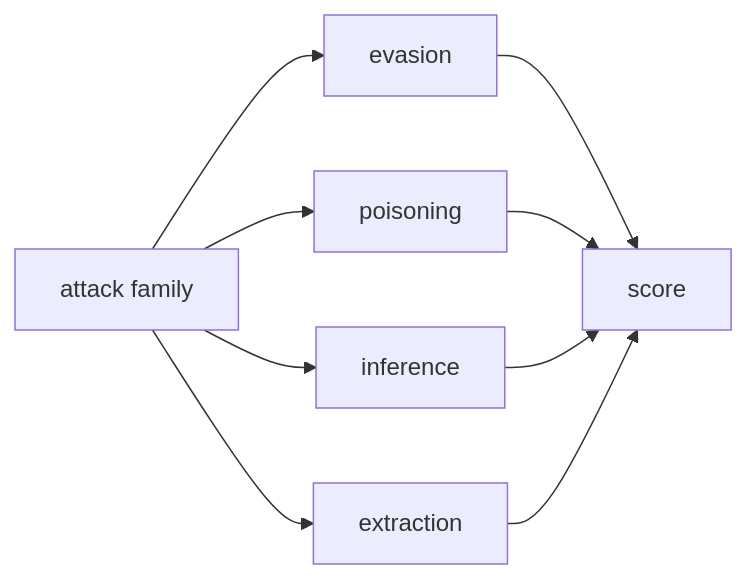
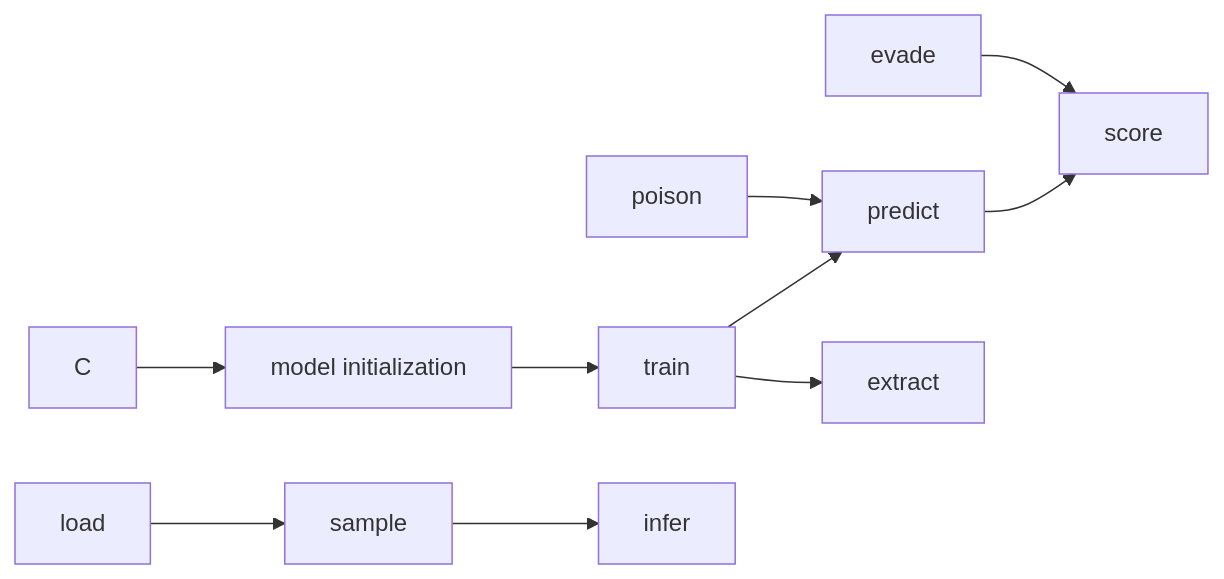
The sixth of 18 diagrams in docs/overview/flowcharts.md (simplymathematics/deckard), drawn with Mermaid before and after one commit. The commit also changed other lines of this file and 28 other files, not shown here.

````diff
--- a/docs/overview/flowcharts.md
+++ b/docs/overview/flowcharts.md
@@ -125,11 +117,12 @@
 ```mermaid
 flowchart LR
-  A[attack family]:::attack --> B[evasion]:::attack
-  A --> C[poisoning]:::attack
-  A --> D[inference]:::attack
-  A --> E[extraction]:::attack
-  B --> F[score]:::scores
-  C --> F
-  D --> F
-  E --> F
+  A[load]:::data --> B[sample]:::data
+  C --> D[model initialization]:::model
+  D --> E[train]:::model
+  E --> F[predict]:::model
+  F --> G[score]:::scores
+  EVA[evade]:::attack --> G
+  POI[poison]:::attack --> F
+  B --> INF[infer]:::attack
+  E --> EXT[extract]:::attack
 ```
````
